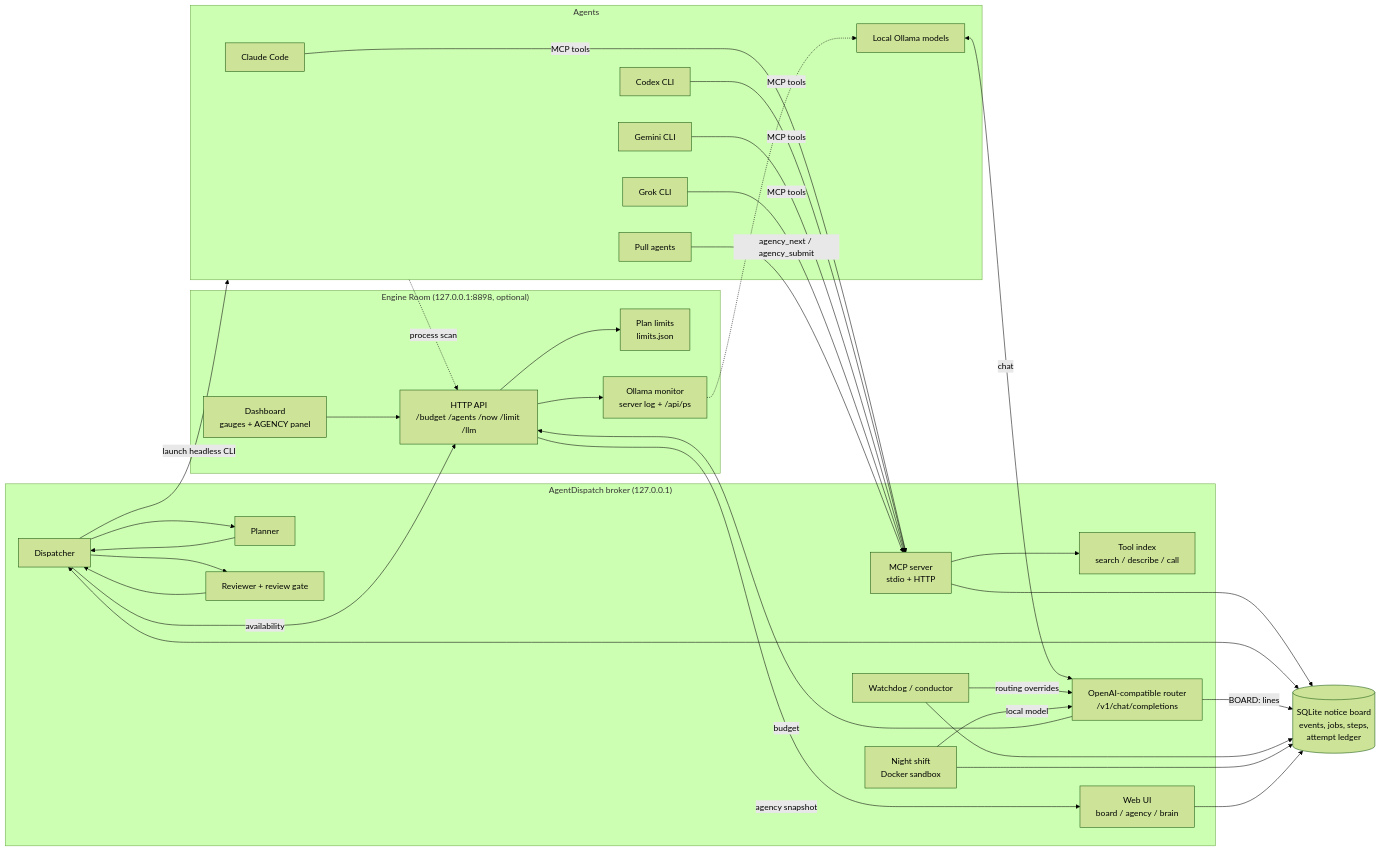
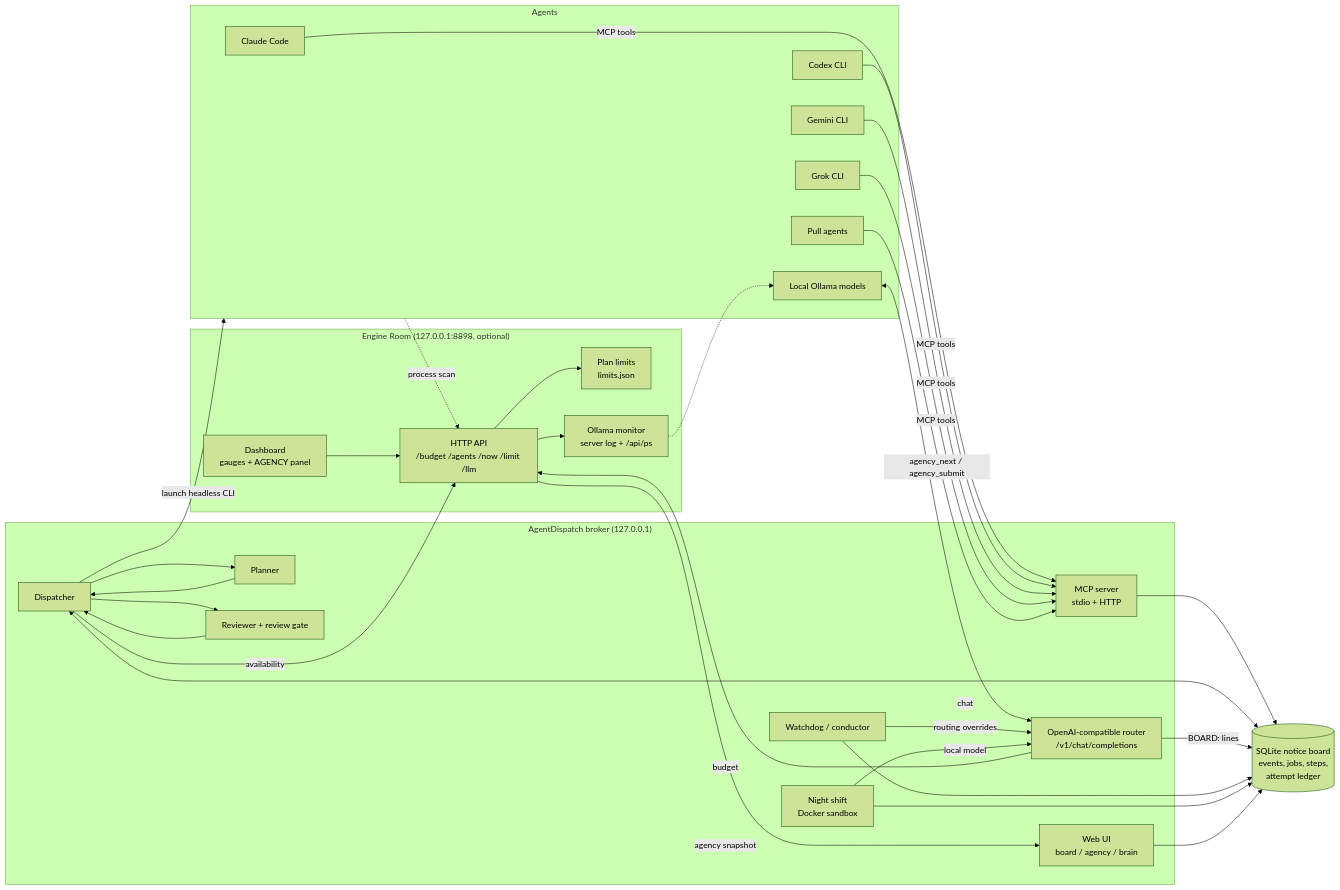
The diagram in README.md (Coolbeans2069/AgentDispatch), drawn with Mermaid (forest theme) before and after one commit. The commit also changed other lines of this file and 53 other files, not shown here.

First line of the commit message:
v0.1.1: remove the tool index, add the synthetic ERP demo MCP server, clearer description

````diff
--- a/README.md
+++ b/README.md
@@ -59,55 +52,53 @@
 ```mermaid
 flowchart LR
     subgraph Agents
         CC[Claude Code]
         CX[Codex CLI]
         GM[Gemini CLI]
         GK[Grok CLI]
         OL[Local Ollama models]
         PA[Pull agents]
     end
 
     subgraph Broker["AgentDispatch broker (127.0.0.1)"]
         MCP[MCP server<br/>stdio + HTTP]
-        TI[Tool index<br/>search / describe / call]
         RT[OpenAI-compatible router<br/>/v1/chat/completions]
         DSP[Dispatcher]
         PL[Planner]
         RV[Reviewer + review gate]
         WD[Watchdog / conductor]
         NS[Night shift<br/>Docker sandbox]
         UI[Web UI<br/>board / agency / brain]
     end
 
     DB[(SQLite notice board<br/>events, jobs, steps,<br/>attempt ledger)]
     subgraph ERS["Engine Room (127.0.0.1:8898, optional)"]
         ER[HTTP API<br/>/budget /agents /now /limit /llm]
         ERUI[Dashboard<br/>gauges + AGENCY panel]
         LIM[Plan limits<br/>limits.json]
         OM[Ollama monitor<br/>server log + /api/ps]
     end
 
     CC & CX & GM & GK -->|MCP tools| MCP
     PA -->|agency_next / agency_submit| MCP
     OL <-->|chat| RT
     MCP --> DB
-    MCP --> TI
     DSP -->|launch headless CLI| Agents
     DSP --> PL --> DSP
     DSP --> RV --> DSP
     DSP <--> DB
     RT -->|BOARD: lines| DB
     WD --> DB
     WD -->|routing overrides| RT
     NS --> DB
     NS -->|local model| RT
     UI --> DB
     DSP -->|availability| ER
     RT -->|budget| ER
     ER --> LIM
     ER --> OM
     OM -.-> OL
     ERUI --> ER
     ER -->|agency snapshot| UI
     Agents -.->|process scan| ER
 ```
````
